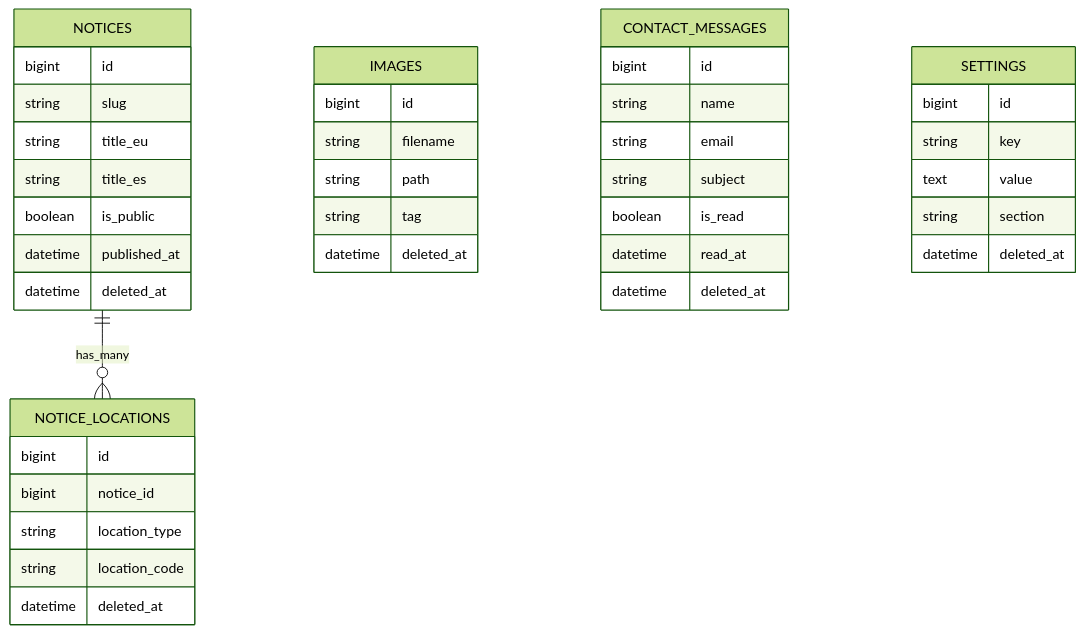
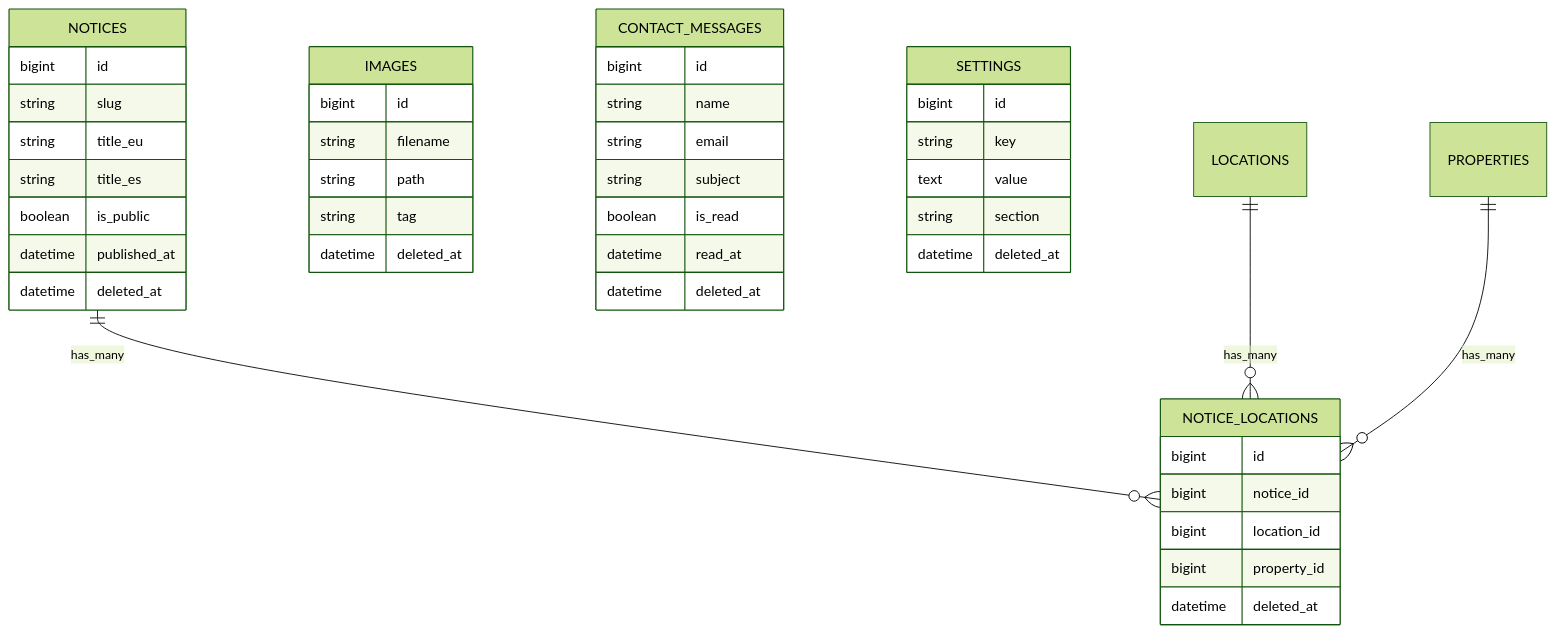
One commit to amaiagalvez/madaia33 changed the third of 4 diagrams in .github/skills/database-schema-mermaid/SKILL.md. Above: the diagram before and after it, drawn with Mermaid (forest theme). The commit also changed other lines of this file and 27 other files, not shown here.

Commit message:
006-notice-locations-refactor

````diff
--- a/.github/skills/database-schema-mermaid/SKILL.md
+++ b/.github/skills/database-schema-mermaid/SKILL.md
@@ -121,48 +123,50 @@
 ```mermaid
 erDiagram
     NOTICES {
         bigint id
         string slug
         string title_eu
         string title_es
         boolean is_public
         datetime published_at
         datetime deleted_at
     }
 
     NOTICE_LOCATIONS {
         bigint id
         bigint notice_id
-        string location_type
-        string location_code
+        bigint location_id
+        bigint property_id
         datetime deleted_at
     }
 
     IMAGES {
         bigint id
         string filename
         string path
         string tag
         datetime deleted_at
     }
 
     CONTACT_MESSAGES {
         bigint id
         string name
         string email
         string subject
         boolean is_read
         datetime read_at
         datetime deleted_at
     }
 
     SETTINGS {
         bigint id
         string key
         text value
         string section
         datetime deleted_at
     }
 
     NOTICES ||--o{ NOTICE_LOCATIONS : has_many
+    LOCATIONS ||--o{ NOTICE_LOCATIONS : has_many
+    PROPERTIES ||--o{ NOTICE_LOCATIONS : has_many
 ```
````
